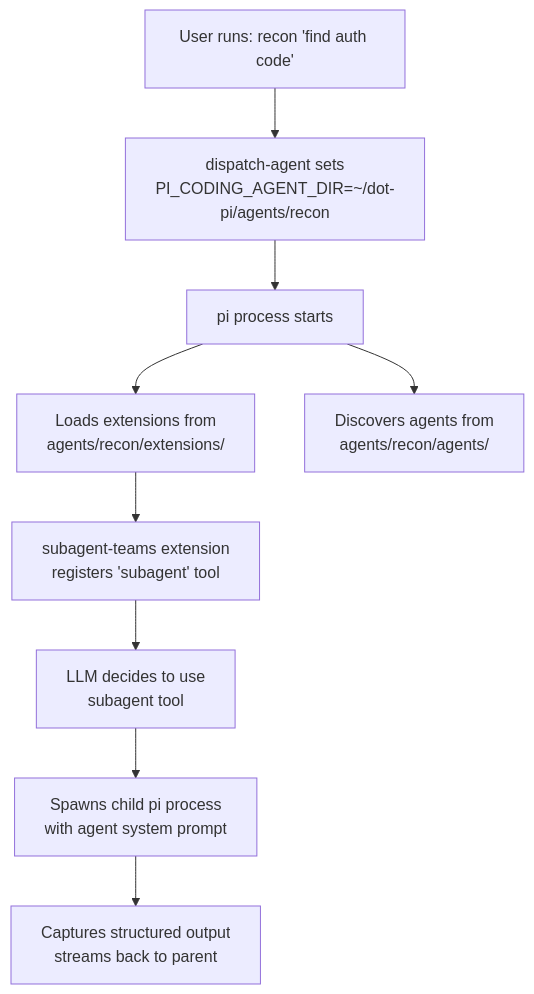
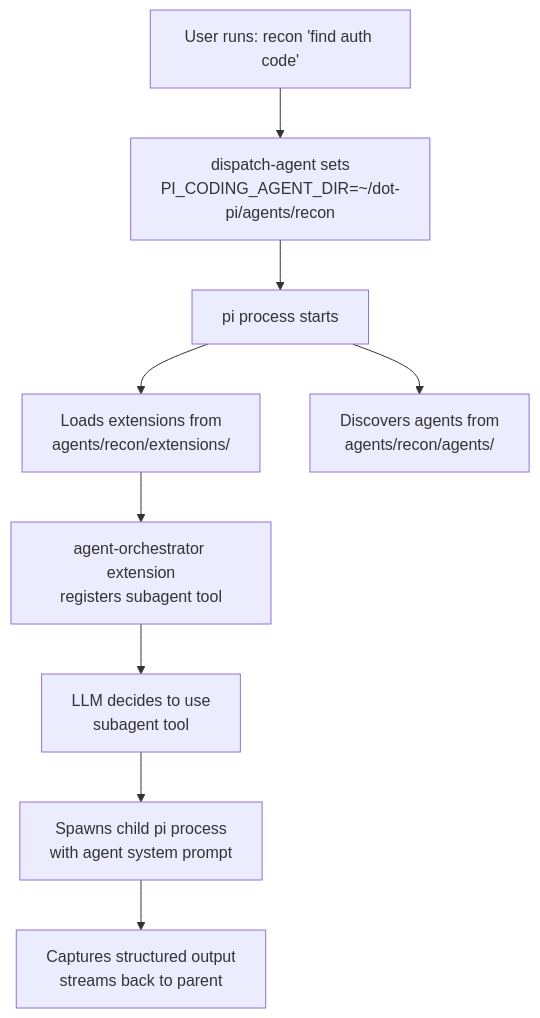
One commit to PlebeiusGaragicus/dot-pi changed the first of 3 diagrams in docs/architecture.md. Above: the diagram before and after it, drawn with Mermaid. The commit also changed other lines of this file and 42 other files, not shown here.

````diff
--- a/docs/architecture.md
+++ b/docs/architecture.md
@@ -57,17 +56,17 @@
 ```mermaid
 graph TD
   User["User runs: recon 'find auth code'"]
   Alias["dispatch-agent sets<br/>PI_CODING_AGENT_DIR=~/dot-pi/agents/recon"]
   PiMain["pi process starts"]
   ExtLoad["Loads extensions from<br/>agents/recon/extensions/"]
   AgentDiscover["Discovers agents from<br/>agents/recon/agents/"]
-  SubagentTool["subagent-teams extension<br/>registers 'subagent' tool"]
+  SubagentTool["agent-orchestrator extension<br/>registers subagent tool"]
   LLM["LLM decides to use<br/>subagent tool"]
   Spawn["Spawns child pi process<br/>with agent system prompt"]
   Result["Captures structured output<br/>streams back to parent"]
 
   User --> Alias --> PiMain
   PiMain --> ExtLoad --> SubagentTool
   PiMain --> AgentDiscover
   SubagentTool --> LLM --> Spawn --> Result
 ```
````
